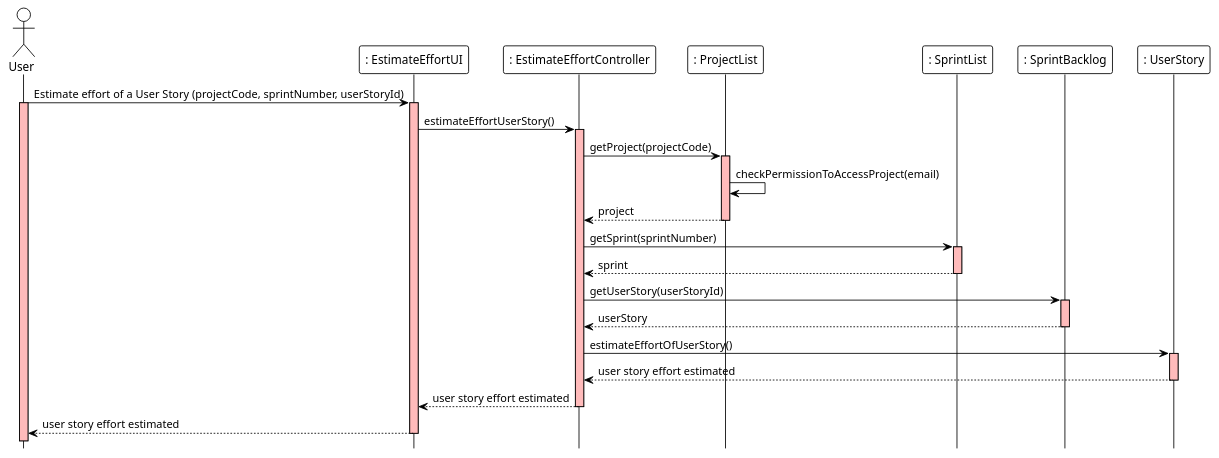
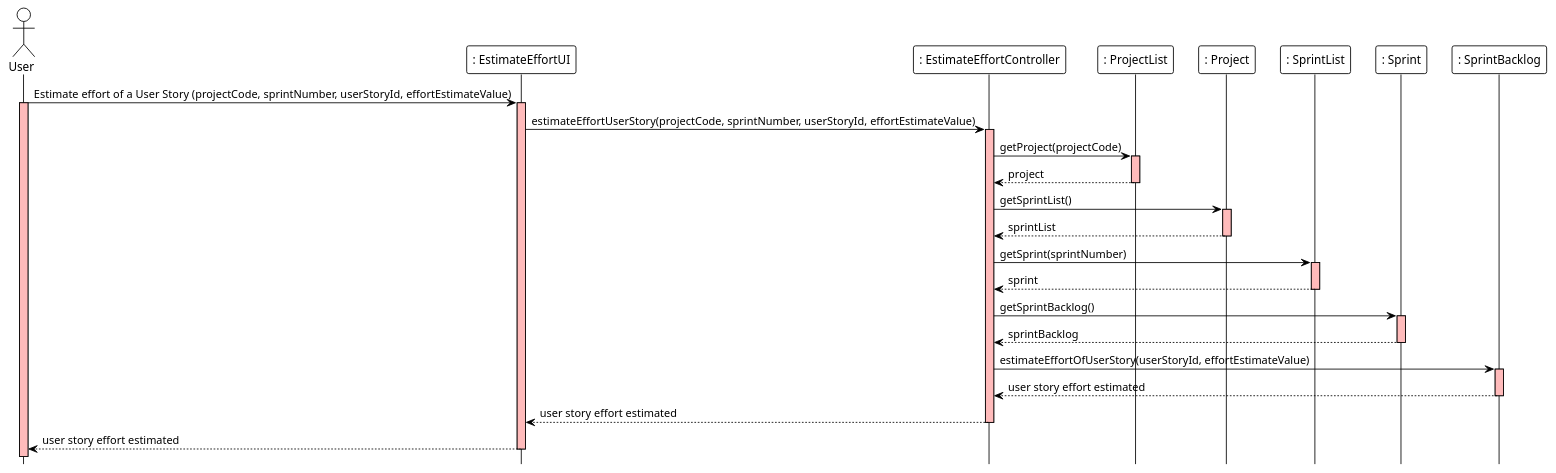
One commit to ivo-menezes/project_g3 changed the diagram in docs/modelling_design/user_stories/us021/US021_EstimateEffortUserStorySD.puml. Above: the diagram before and after it, drawn with PlantUML.

Commit message:
US021 : Design : EstimateEffortUserStorySD (Update)

```diff
--- a/docs/modelling_design/user_stories/us021/US021_EstimateEffortUserStorySD.puml
+++ b/docs/modelling_design/user_stories/us021/US021_EstimateEffortUserStorySD.puml
@@ -1,48 +1,44 @@
 @startuml
 !theme plain
 hide footbox
 
 actor "User" as User
 participant ": EstimateEffortUI" as UI
 participant ": EstimateEffortController" as Controller
 participant ": ProjectList" as PL
-'participant ": Project" as P
+participant ": Project" as P
 participant ": SprintList" as SL
-'participant ": Sprint" as S
+participant ": Sprint" as S
 participant ": SprintBacklog" as SB
-participant ": UserStory" as US
 
-
-
-User ->  UI: Estimate effort of a User Story (projectCode, sprintNumber, userStoryId)
+User ->  UI: Estimate effort of a User Story (projectCode, sprintNumber, userStoryId, effortEstimateValue)
 activate User #FFBBBB
 activate UI #FFBBBB
-UI -> Controller: estimateEffortUserStory()
+UI -> Controller: estimateEffortUserStory(projectCode, sprintNumber, userStoryId, effortEstimateValue)
 activate Controller #FFBBBB
 Controller -> PL: getProject(projectCode)
 activate PL #FFBBBB
-PL -> PL: checkPermissionToAccessProject(email)
 PL --> Controller: project
 deactivate PL
+Controller -> P: getSprintList()
+activate P #FFBBBB
+P --> Controller: sprintList
+deactivate P
 Controller -> SL: getSprint(sprintNumber)
 activate SL #FFBBBB
 SL --> Controller: sprint
 deactivate SL
-Controller -> SB: getUserStory(userStoryId)
+Controller -> S: getSprintBacklog()
+activate S #FFBBBB
+S --> Controller: sprintBacklog
+deactivate S
+Controller -> SB: estimateEffortOfUserStory(userStoryId, effortEstimateValue)
 activate SB #FFBBBB
-SB --> Controller: userStory
+SB --> Controller: user story effort estimated
 deactivate SB
-Controller -> US: estimateEffortOfUserStory()
-activate US #FFBBBB
-US --> Controller: user story effort estimated
-deactivate US
 Controller --> UI: user story effort estimated
 deactivate Controller
 UI --> User: user story effort estimated
 deactivate UI
 
-
-
-
-
 @enduml
```
